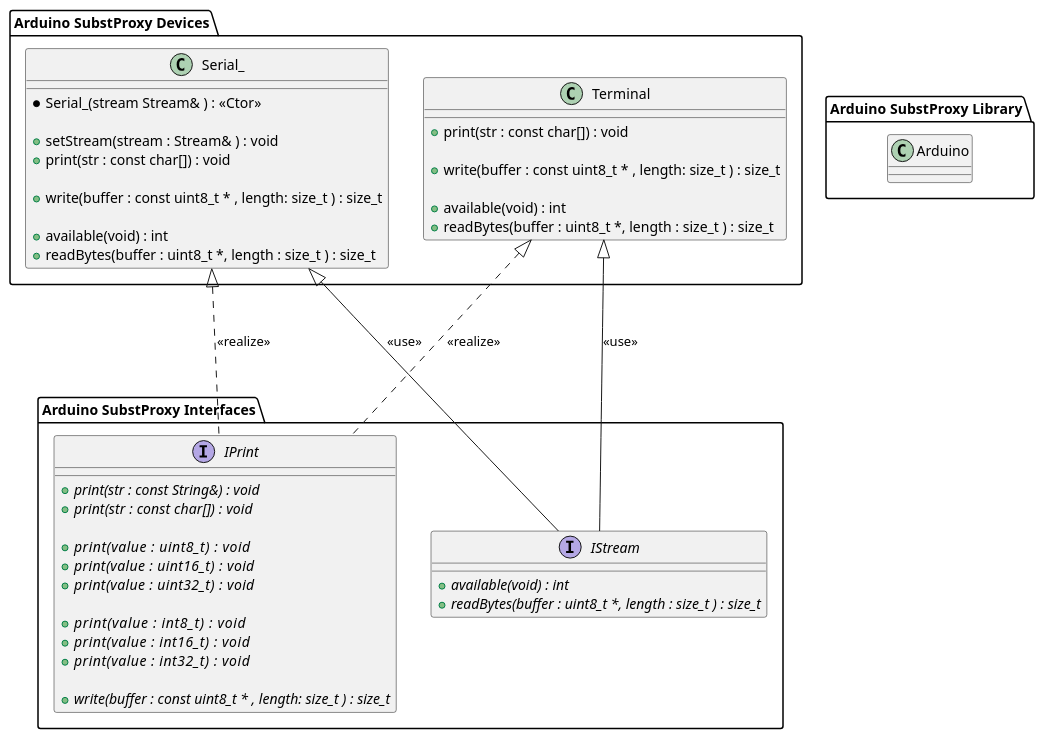
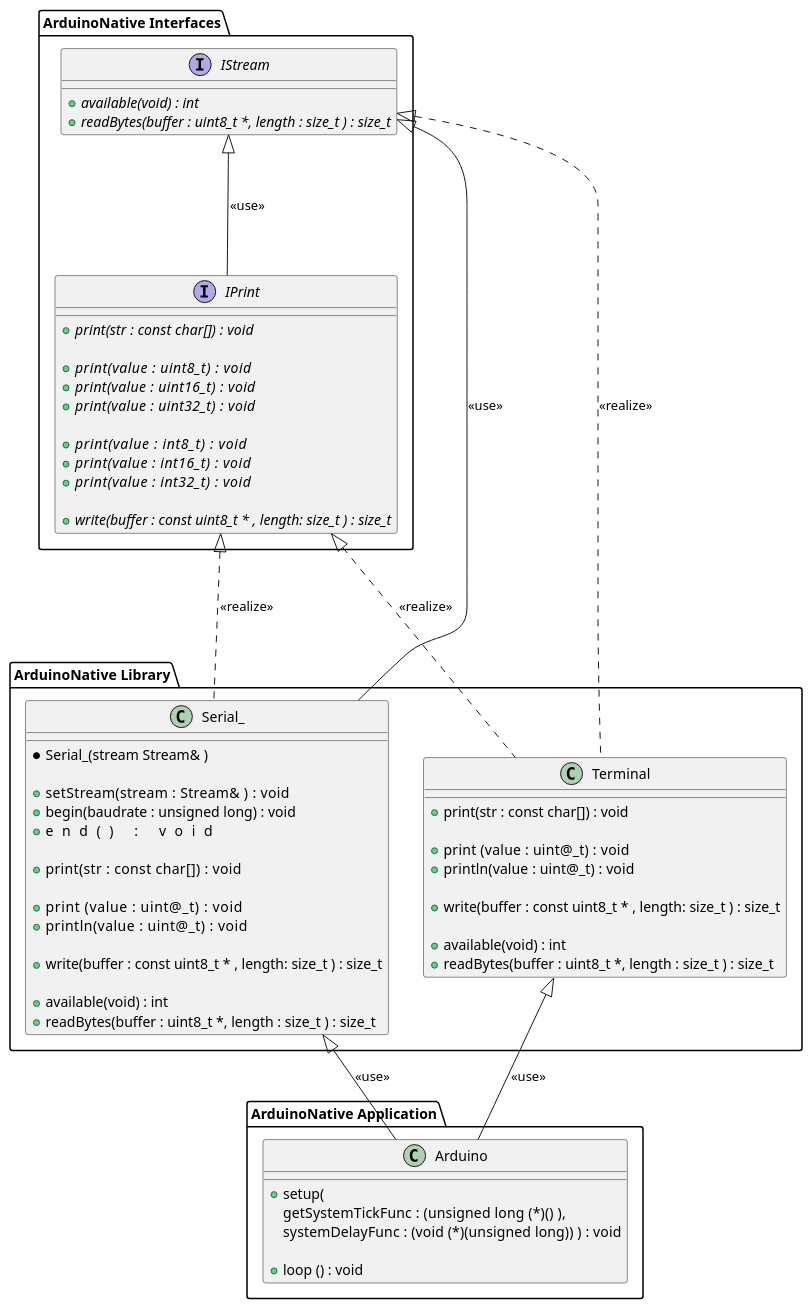
Before and after one commit to BlueAndi/ArduinoNative: the diagram in doc/uml/ArduinoNative.plantuml, drawn with PlantUML. The commit also changed 2 other files, not shown here.

Commit message:
The plantUML diagram was expanded.

```diff
--- a/doc/uml/ArduinoNative.plantuml
+++ b/doc/uml/ArduinoNative.plantuml
@@ -1,75 +1,96 @@
 @startuml ArduinoNative
+top to bottom direction
+' --- left to right direction
 
-package "Arduino SubstProxy Interfaces" as Interfaces {
+package "ArduinoNative Interfaces" as Interfaces {
 
     interface "IPrint" as iPrint {
-
-        + {abstract} print(str : const String&) : void
         + {abstract} print(str : const char[])  : void
 
         + {abstract} print(value : uint8_t)     : void
         + {abstract} print(value : uint16_t)    : void
         + {abstract} print(value : uint32_t)    : void
 
         + {abstract} print(value : int8_t)      : void
         + {abstract} print(value : int16_t)     : void
         + {abstract} print(value : int32_t)     : void
 ' --- KD3!!! todo println
 
         + {abstract} write(buffer : const uint8_t * , length: size_t ) : size_t
     }
 
     interface "IStream" as iStream {
         + {abstract} available(void) : int
         + {abstract} readBytes(buffer : uint8_t *, length : size_t ) : size_t
     }
 
+    '* Stream.h : class Stream : public Print  *'
+    iStream <|--- iPrint : <<use>>
+    '*  TODO  <<derive>>  *'
 }
 
-package "Arduino SubstProxy Devices" as Devices {
+package "ArduinoNative Library" as DeviceClasses {
 
     class "Serial_" as Serial_ {
-        * Serial_(stream Stream& ) : <<Ctor>>
+        * Serial_(stream Stream& )
 
-        + setStream(stream : Stream& ) : void
-        + print(str : const char[]) : void
+        + setStream(stream : Stream& )    : void
+        + begin(baudrate : unsigned long) : void
+        + end()                           : void
+
+        + print(str : const char[])    : void
+
+        + print  (value : uint@_t)     : void
+        + println(value : uint@_t)     : void
 
         + write(buffer : const uint8_t * , length: size_t ) : size_t
 
         + available(void) : int
         + readBytes(buffer : uint8_t *, length : size_t ) : size_t
     }
 
-    Serial_ <|--- iStream : <<use>>
-    Serial_ <|... iPrint : <<realize>>
+    '*    ??? iStream  <|... Serial_ : <<realize>> *'
+    iStream  <|--- Serial_ : <<use>>
+    iPrint   <|... Serial_ : <<realize>>
 
-' --- KD3!!! todo other methods
 
     class "Terminal" as Terminal {
         '* default CTor *'
         + print(str : const char[]) : void
+
+        + print  (value : uint@_t)  : void
+        + println(value : uint@_t)  : void
 
         + write(buffer : const uint8_t * , length: size_t ) : size_t
 
         + available(void) : int
         + readBytes(buffer : uint8_t *, length : size_t ) : size_t
     }
 
-    Terminal <|--- iStream : <<use>>
-    Terminal <|... iPrint : <<realize>>
+    iStream <|... Terminal : <<realize>>
+    iPrint  <|... Terminal : <<realize>>
 
 ' --- KD3!!! todo other methods
 }
 
-package "Arduino SubstProxy Library" as Library {
-    class "Arduino" as arduNameSpaceProxy
+package "ArduinoNative Application" as Library {
+    class "Arduino" as arduNameSpaceProxy  {
+
+        + setup(
+            getSystemTickFunc : (unsigned long (*)()   ),
+            systemDelayFunc   : (void (*)(unsigned long)) ) : void
+
+        + loop () : void
+    }
 
 
 
+    arduNameSpaceProxy -up-|> Terminal : <<use>>
 
+    arduNameSpaceProxy -up-|> Serial_  : <<use>>
 
 }
 
-' --
+' ---
 
 @enduml
```
